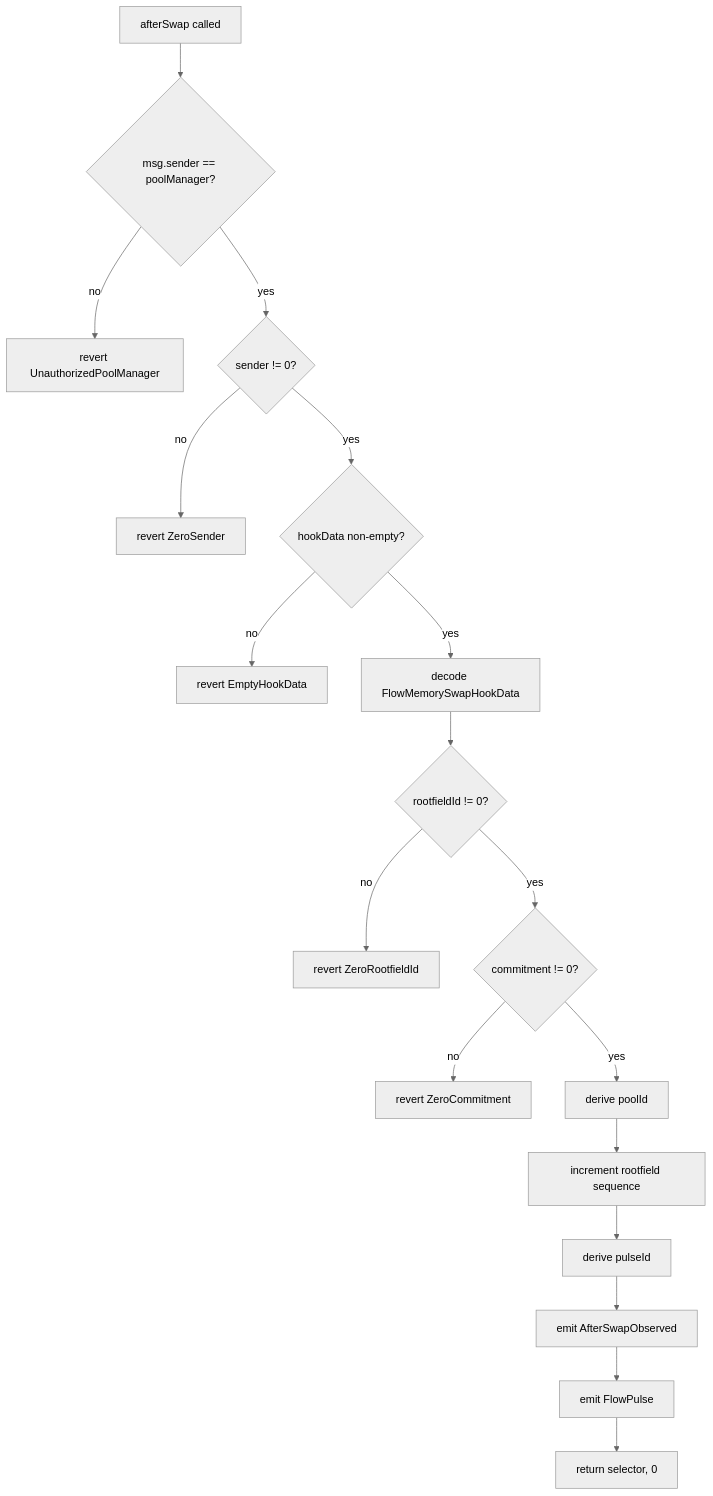
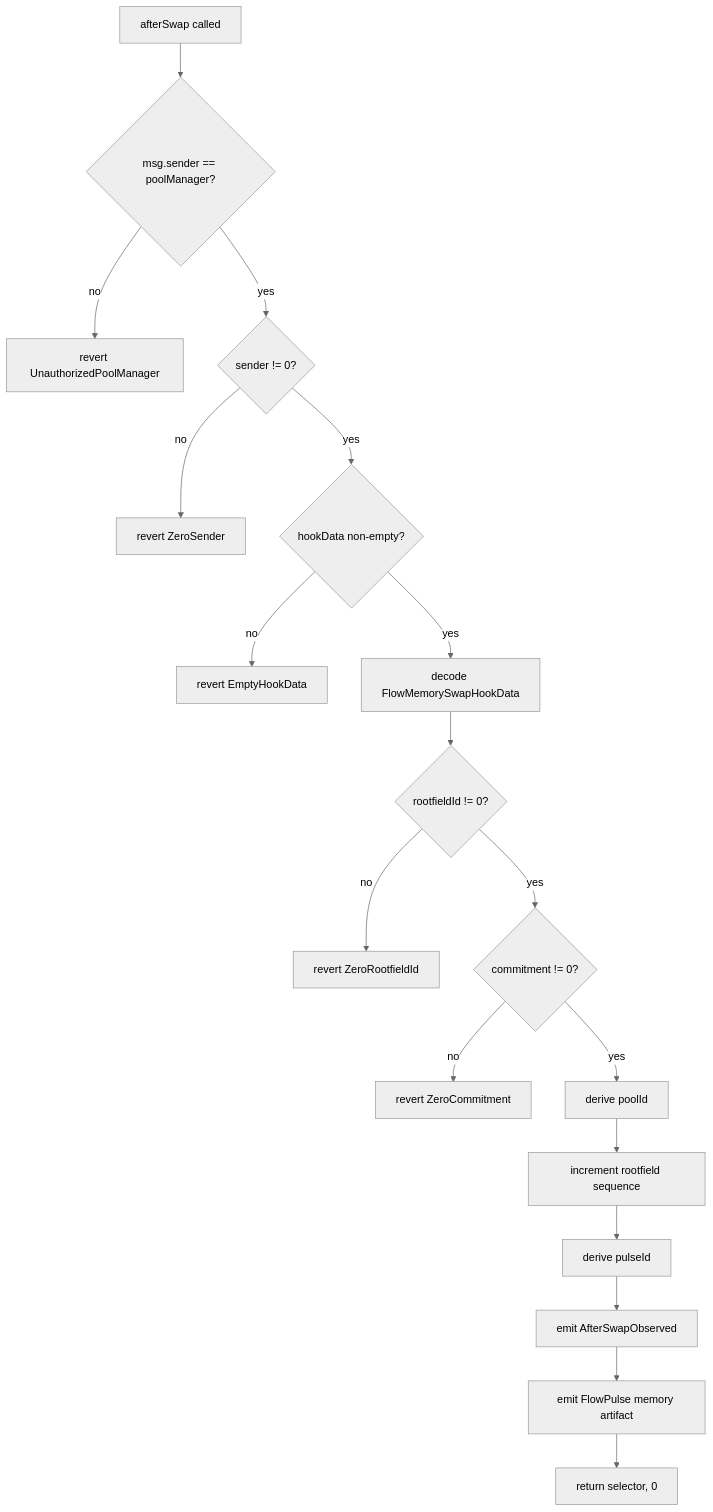
One commit to FlowmemoryAI/flowmemory-uniswap-v4-hooks changed the first of 2 diagrams in docs/HOW_IT_WORKS.md. Above: the diagram before and after it, drawn with Mermaid (neutral theme). The commit also changed other lines of this file and 22 other files, not shown here.

````diff
--- a/docs/HOW_IT_WORKS.md
+++ b/docs/HOW_IT_WORKS.md
@@ -40,20 +47,20 @@
 ```mermaid
 flowchart TD
     A["afterSwap called"] --> B{"msg.sender == poolManager?"}
     B -- no --> R1["revert UnauthorizedPoolManager"]
     B -- yes --> C{"sender != 0?"}
     C -- no --> R2["revert ZeroSender"]
     C -- yes --> D{"hookData non-empty?"}
     D -- no --> R3["revert EmptyHookData"]
     D -- yes --> E["decode FlowMemorySwapHookData"]
     E --> F{"rootfieldId != 0?"}
     F -- no --> R4["revert ZeroRootfieldId"]
     F -- yes --> G{"commitment != 0?"}
     G -- no --> R5["revert ZeroCommitment"]
     G -- yes --> H["derive poolId"]
     H --> I["increment rootfield sequence"]
     I --> J["derive pulseId"]
     J --> K["emit AfterSwapObserved"]
-    K --> L["emit FlowPulse"]
+    K --> L["emit FlowPulse memory artifact"]
     L --> M["return selector, 0"]
 ```
````
